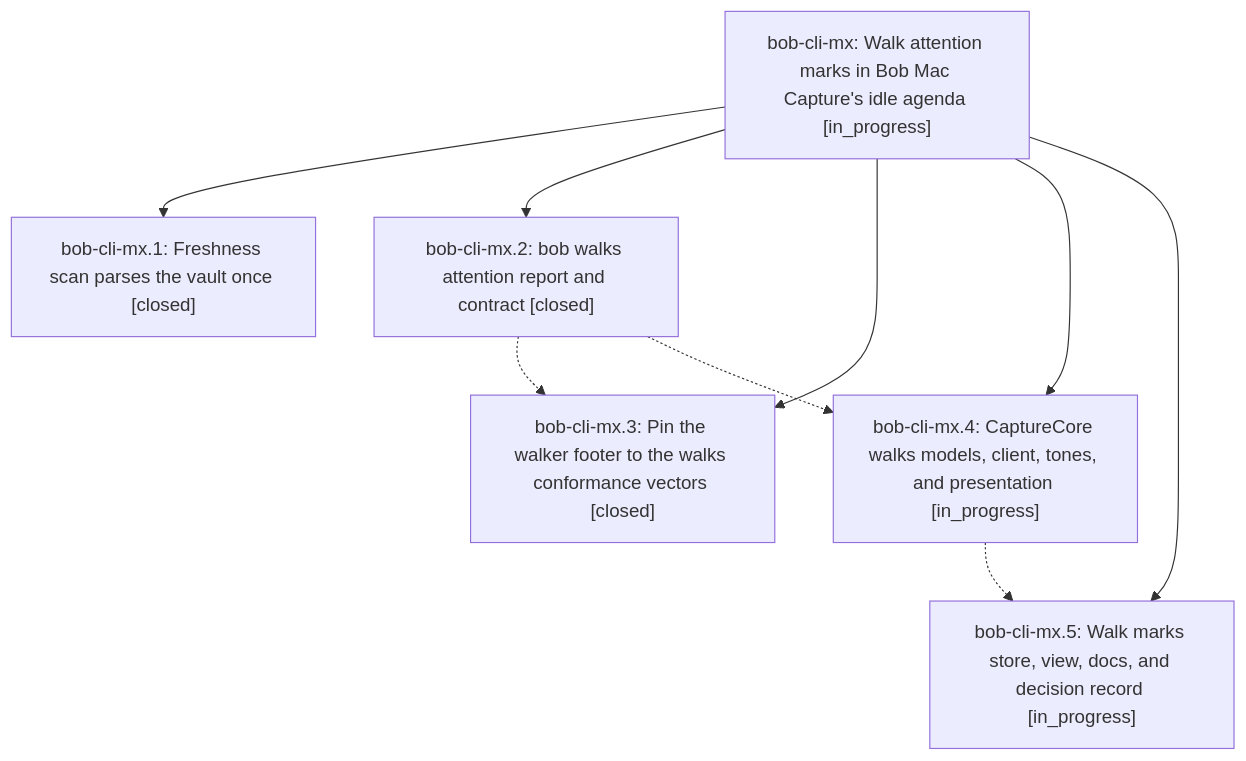
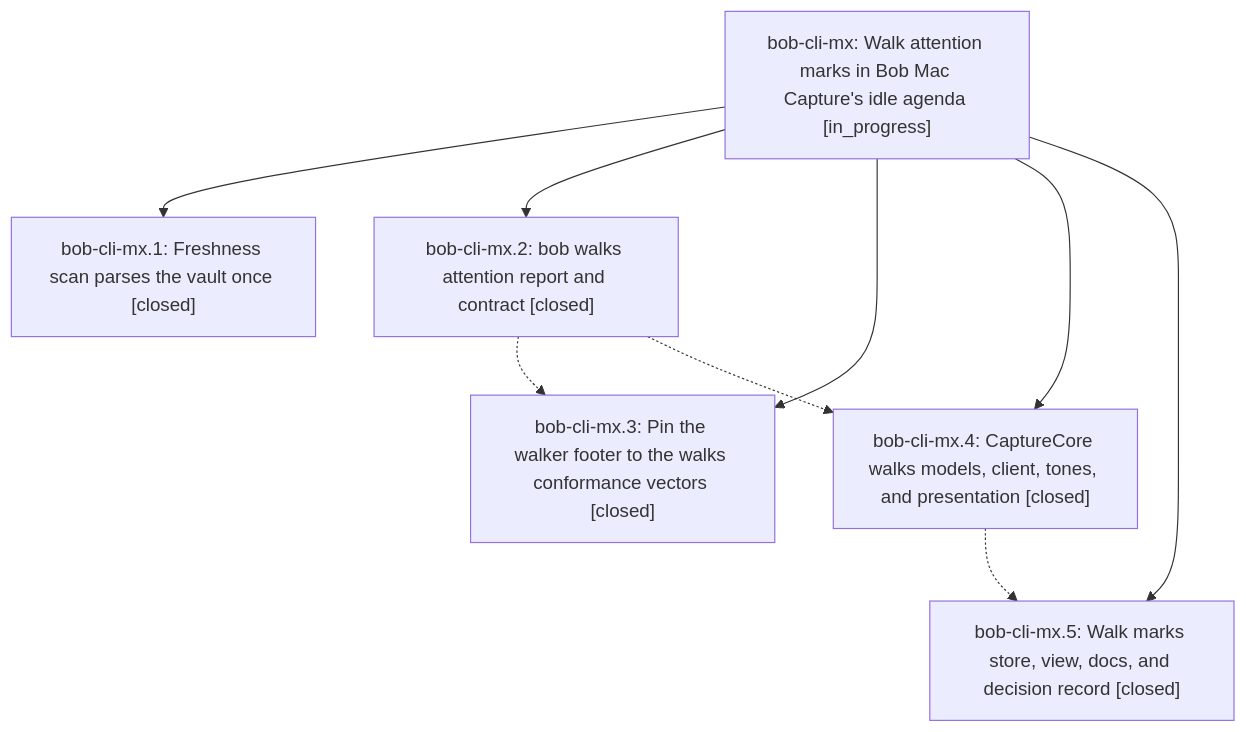
Before and after one commit to bobs-org/bob-cli--beads: the diagram in pages/bob-cli-mx/README.md, drawn with Mermaid. The commit also changed other lines of this file and 4 other files, not shown here.

First line of the commit message:
chore(beads): sync bead state and pages for bob-cli-mx

````diff
--- a/pages/bob-cli-mx/README.md
+++ b/pages/bob-cli-mx/README.md
@@ -38,17 +44,17 @@
 ```mermaid
 flowchart TD
     n0["bob-cli-mx: Walk attention marks in Bob Mac Capture's idle agenda [in_progress]"]
     n1["bob-cli-mx.1: Freshness scan parses the vault once [closed]"]
     n2["bob-cli-mx.2: bob walks attention report and contract [closed]"]
     n3["bob-cli-mx.3: Pin the walker footer to the walks conformance vectors [closed]"]
-    n4["bob-cli-mx.4: CaptureCore walks models, client, tones, and presentation [in_progress]"]
-    n5["bob-cli-mx.5: Walk marks store, view, docs, and decision record [in_progress]"]
+    n4["bob-cli-mx.4: CaptureCore walks models, client, tones, and presentation [closed]"]
+    n5["bob-cli-mx.5: Walk marks store, view, docs, and decision record [closed]"]
     n0 --> n1
     n0 --> n2
     n0 --> n3
     n0 --> n4
     n0 --> n5
     n2 -.-> n3
     n2 -.-> n4
     n4 -.-> n5
 ```
````
